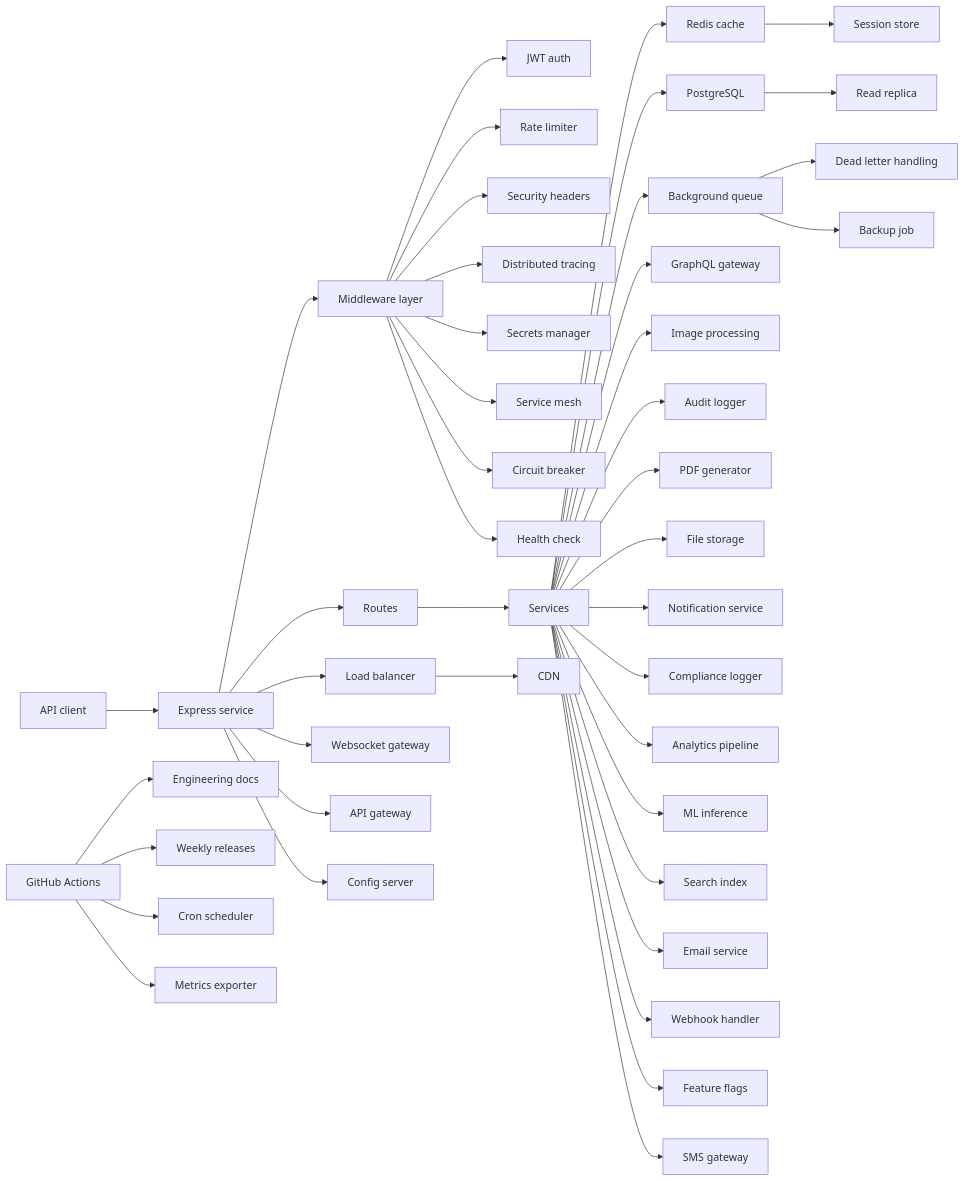
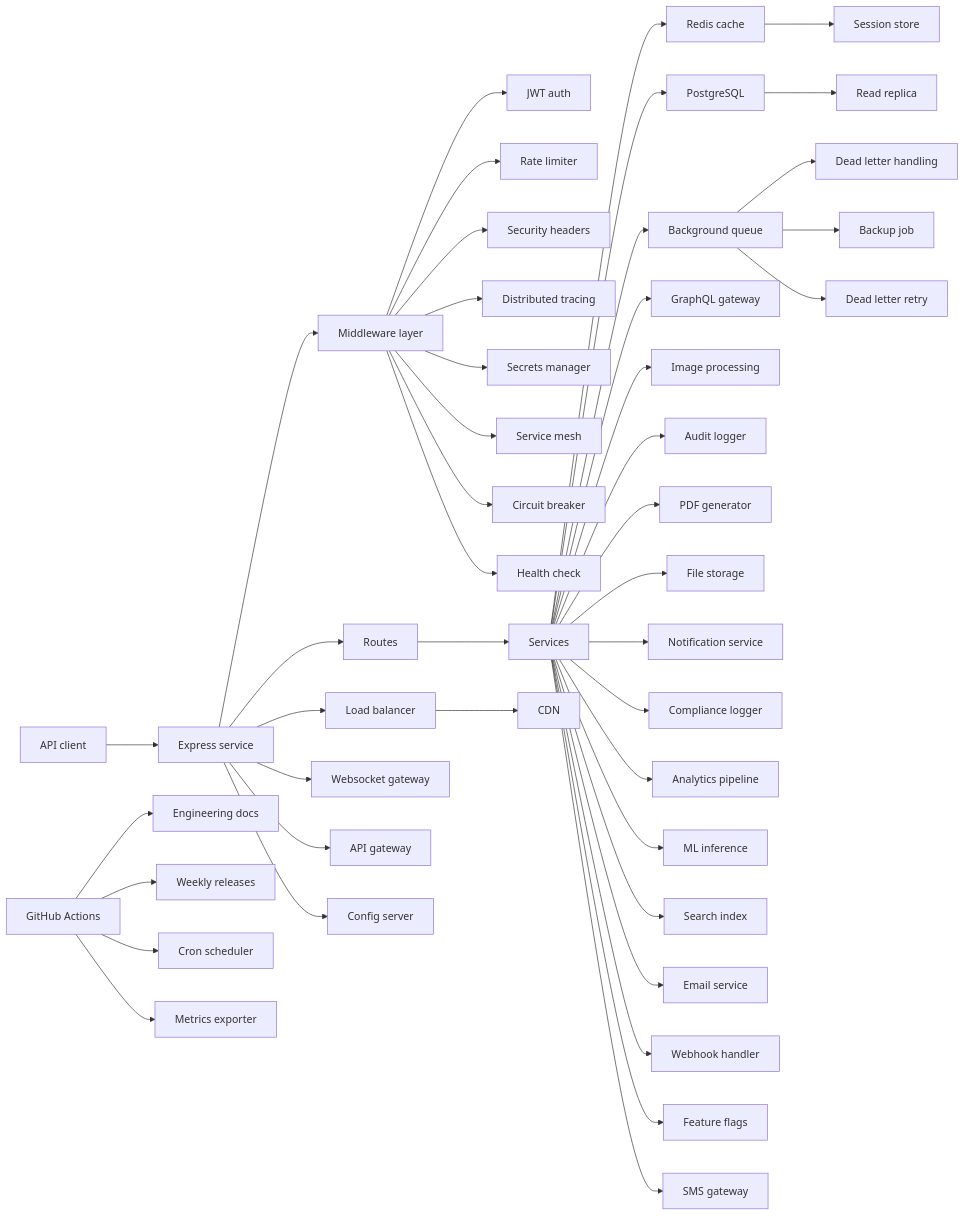
One commit to P-r-e-m-i-u-m/Aridon changed the diagram in README.md. Above: the diagram before and after it, drawn with Mermaid.

Commit message:
docs: grow system snapshot diagram 2026-08-04

````diff
--- a/README.md
+++ b/README.md
@@ -24,45 +24,46 @@
 ```mermaid
 flowchart LR
   Client["API client"] --> Express["Express service"]
   Express --> Middleware["Middleware layer"]
   Middleware --> Auth["JWT auth"]
   Middleware --> RateLimit["Rate limiter"]
   Middleware --> Security["Security headers"]
   Express --> Routes["Routes"]
   Routes --> Services["Services"]
   Services --> Redis["Redis cache"]
   Services --> Postgres["PostgreSQL"]
   Services --> Queue["Background queue"]
   Queue --> DLQ["Dead letter handling"]
   Actions["GitHub Actions"] --> Docs["Engineering docs"]
   Actions --> Releases["Weekly releases"]
   Services --> GraphqlGW["GraphQL gateway"]
   Services --> ImageProcessing["Image processing"]
   Middleware --> Tracing["Distributed tracing"]
   Actions --> CronScheduler["Cron scheduler"]
   Services --> AuditLog["Audit logger"]
   Services --> PdfGenerator["PDF generator"]
   Postgres --> ReadReplica["Read replica"]
   Services --> FileStorage["File storage"]
   Services --> Notifications["Notification service"]
   LoadBalancer --> CDN["CDN"]
   Services --> ComplianceLog["Compliance logger"]
   Middleware --> SecretsManager["Secrets manager"]
   Services --> Analytics["Analytics pipeline"]
   Services --> MLInference["ML inference"]
   Services --> SearchIndex["Search index"]
   Queue --> BackupJob["Backup job"]
   Services --> EmailService["Email service"]
   Services --> WebhookHandler["Webhook handler"]
   Middleware --> ServiceMesh["Service mesh"]
   Services --> FeatureFlags["Feature flags"]
   Express --> LoadBalancer["Load balancer"]
   Redis --> SessionStore["Session store"]
   Services --> SmsGateway["SMS gateway"]
   Express --> WebsocketGW["Websocket gateway"]
   Express --> Gateway["API gateway"]
   Express --> ConfigServer["Config server"]
   Middleware --> CircuitBreaker["Circuit breaker"]
   Actions --> Metrics["Metrics exporter"]
   Middleware --> HealthCheck["Health check"]
+  Queue --> DeadLetterRetry["Dead letter retry"]
 ```
````
